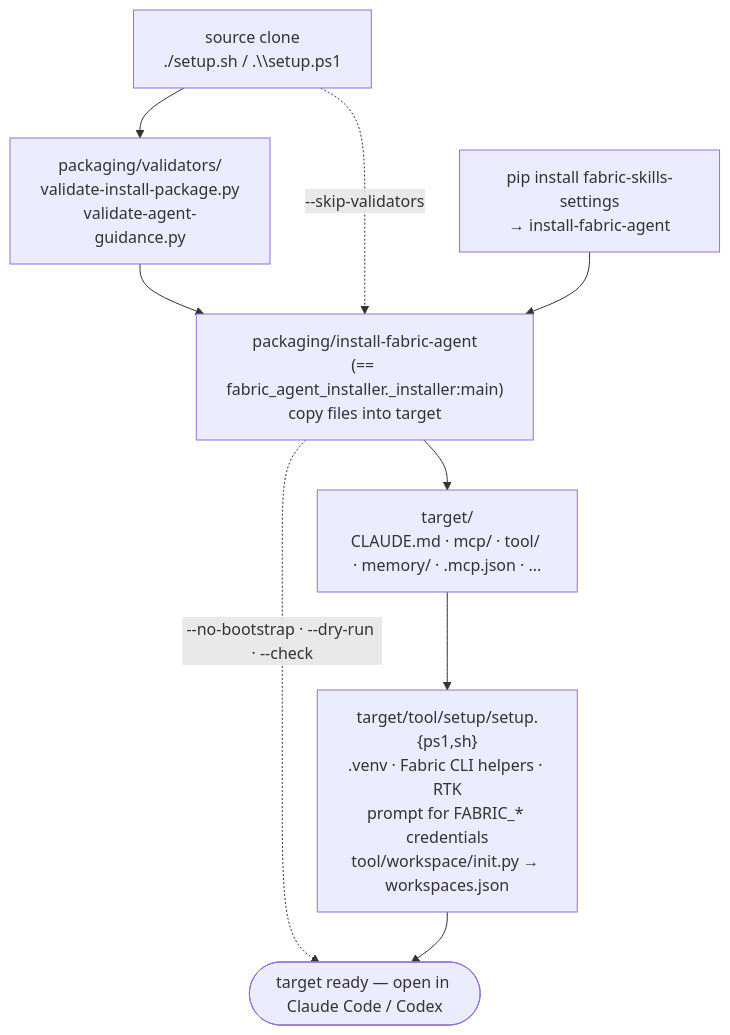
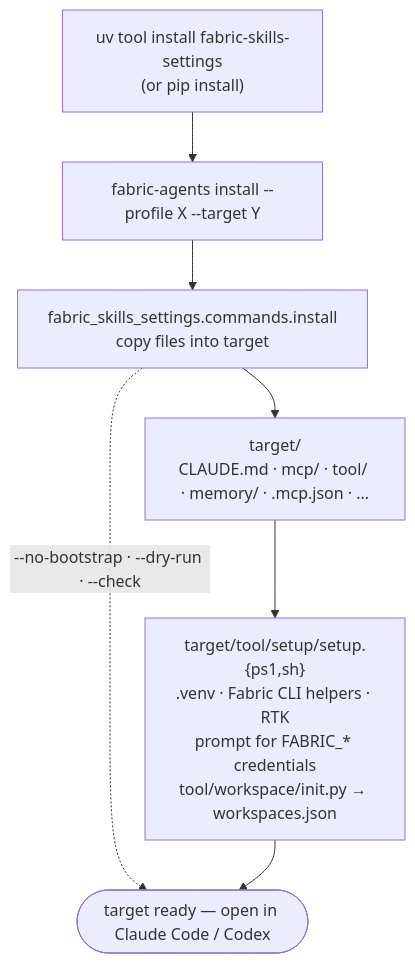
The second of 2 diagrams in docs/architecture.md (scardoso-lu/fabric-skills-settings), drawn with Mermaid before and after one commit. The commit also changed other lines of this file and 77 other files, not shown here.

````diff
--- a/docs/architecture.md
+++ b/docs/architecture.md
@@ -101,22 +121,18 @@
 ```mermaid
 flowchart TD
-    SRC["source clone<br/>./setup.sh / .\\setup.ps1"]
-    PIP["pip install fabric-skills-settings<br/>→ install-fabric-agent"]
+    PIP["uv tool install fabric-skills-settings<br/>(or pip install)"]
+    PIP --> CLI
+    CLI["fabric-agents install --profile X --target Y"]
+    CLI --> INST
 
-    SRC --> VAL
-    VAL["packaging/validators/<br/>validate-install-package.py<br/>validate-agent-guidance.py"]
-    VAL --> INST
-    SRC -.->|"--skip-validators"| INST
-    PIP --> INST
-
-    INST["packaging/install-fabric-agent<br/>(== fabric_agent_installer._installer:main)<br/>copy files into target"]
+    INST["fabric_skills_settings.commands.install<br/>copy files into target"]
     INST --> TGT
     TGT["target/<br/>CLAUDE.md · mcp/ · tool/ · memory/ · .mcp.json · ..."]
     TGT --> BOOT
 
     BOOT["target/tool/setup/setup.{ps1,sh}<br/>.venv · Fabric CLI helpers · RTK<br/>prompt for FABRIC_* credentials<br/>tool/workspace/init.py → workspaces.json"]
     INST -.->|"--no-bootstrap · --dry-run · --check"| DONE
     BOOT --> DONE
 
     DONE([target ready — open in Claude Code / Codex])
 ```
````
